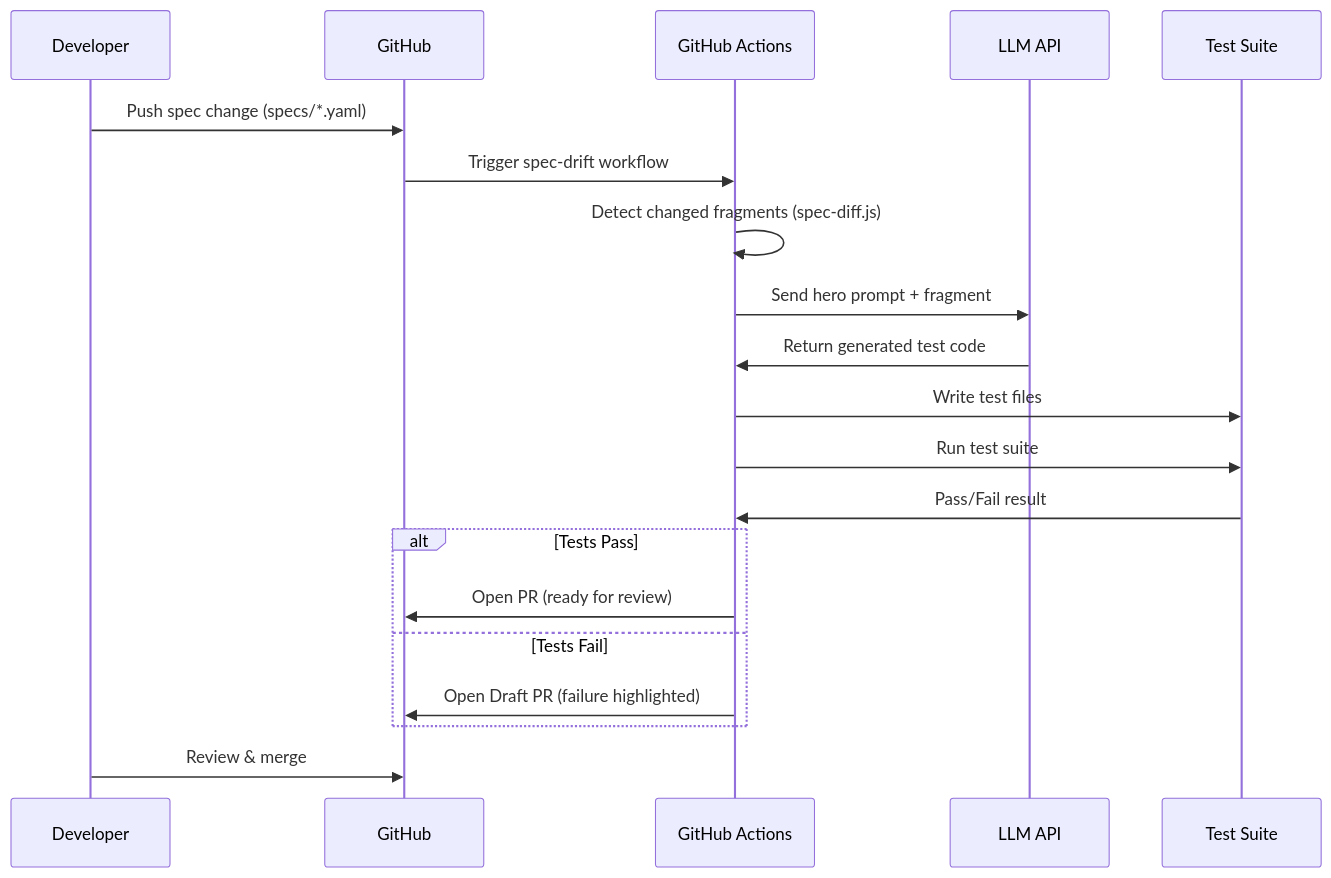
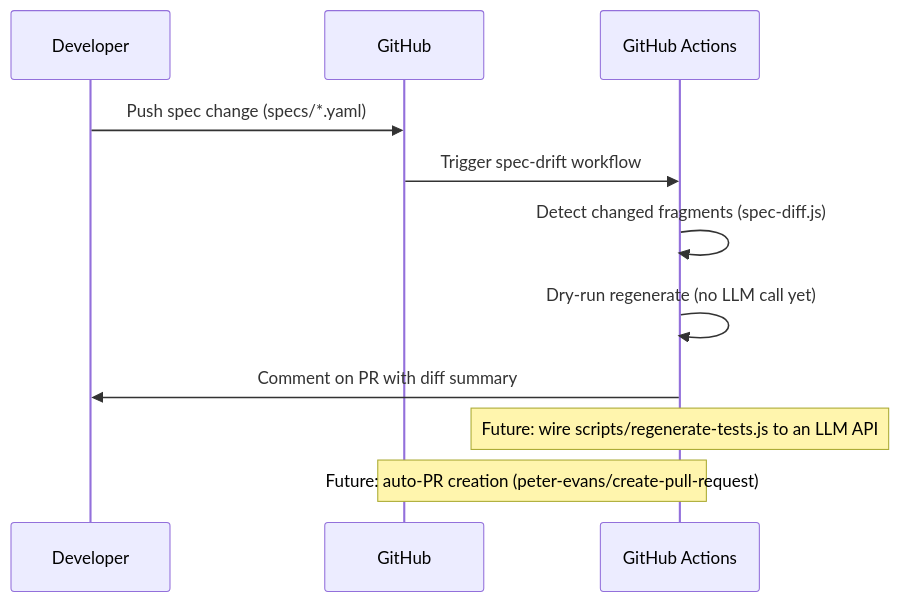
One commit to adodson9999/ai_generate_test changed the diagram in docs/auto-regeneration.md. Above: the diagram before and after it, drawn with Mermaid. The commit also changed other lines of this file and 20 other files, not shown here.

````diff
--- a/docs/auto-regeneration.md
+++ b/docs/auto-regeneration.md
@@ -9,23 +9,14 @@
 ```mermaid
 sequenceDiagram
     participant Dev as Developer
     participant Git as GitHub
     participant CI as GitHub Actions
-    participant LLM as LLM API
-    participant Tests as Test Suite
 
     Dev->>Git: Push spec change (specs/*.yaml)
     Git->>CI: Trigger spec-drift workflow
     CI->>CI: Detect changed fragments (spec-diff.js)
-    CI->>LLM: Send hero prompt + fragment
-    LLM->>CI: Return generated test code
-    CI->>Tests: Write test files
-    CI->>Tests: Run test suite
-    Tests->>CI: Pass/Fail result
-    alt Tests Pass
-        CI->>Git: Open PR (ready for review)
-    else Tests Fail
-        CI->>Git: Open Draft PR (failure highlighted)
-    end
-    Dev->>Git: Review & merge
+    CI->>CI: Dry-run regenerate (no LLM call yet)
+    CI->>Dev: Comment on PR with diff summary
+    Note over CI: Future: wire scripts/regenerate-tests.js to an LLM API
+    Note over CI,Git: Future: auto-PR creation (peter-evans/create-pull-request)
 ```
````
